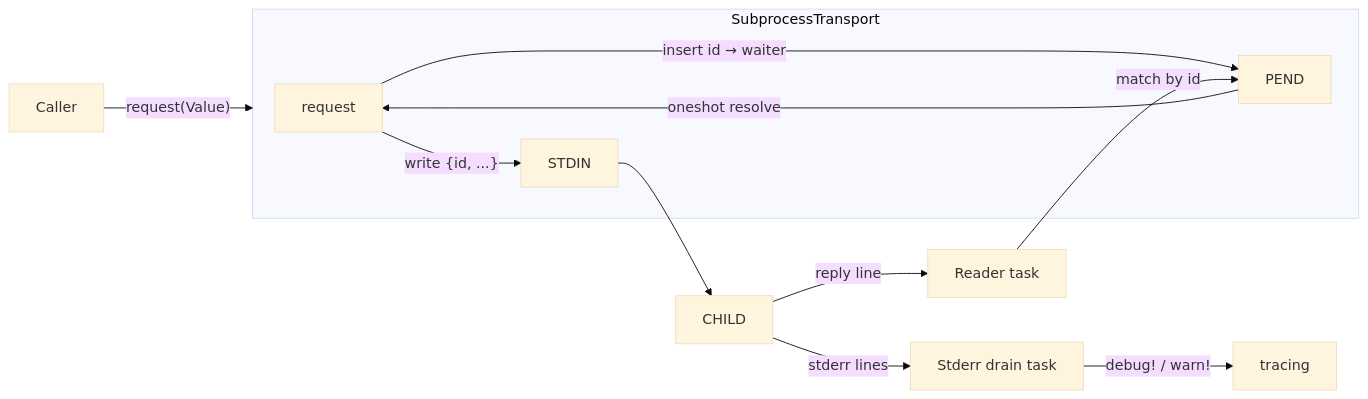
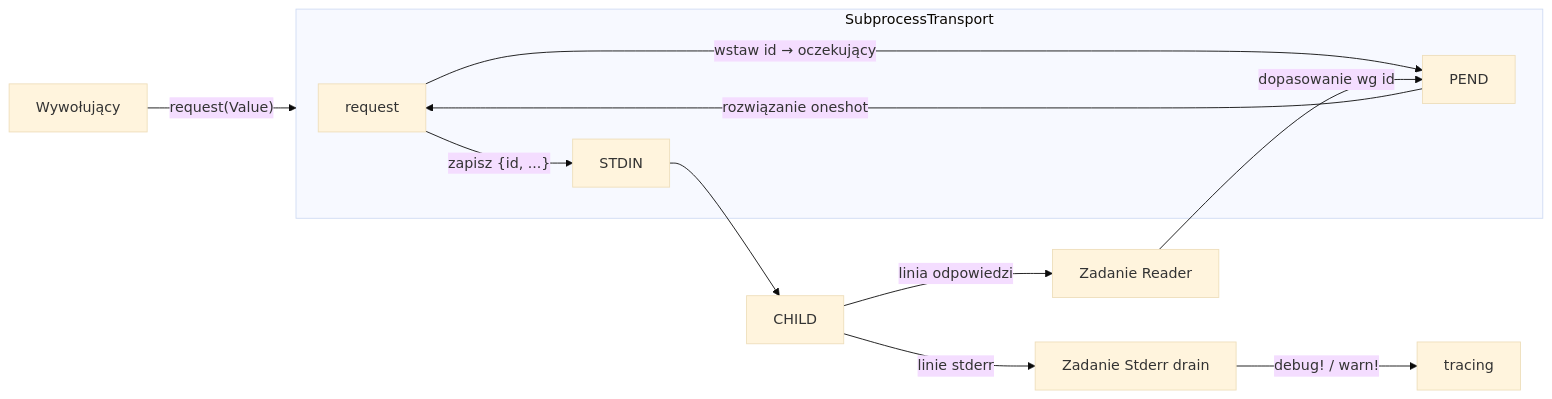
Before and after one commit to leszek3737/librefang-WIki: the diagram in crates-librefang-subprocess.md, drawn with Mermaid (base theme). The commit also changed other lines of this file and 104 other files, not shown here.

````diff
--- a/crates-librefang-subprocess.md
+++ b/crates-librefang-subprocess.md
@@ -44,14 +44,14 @@
 ```mermaid
 flowchart LR
-    C[Caller] -->|"request(Value)"| ST
+    C[Wywołujący] -->|"request(Value)"| ST
     subgraph ST[SubprocessTransport]
-        REQ[request] -->|"insert id → waiter"| PEND
-        REQ -->|"write {id, ...}\n"| STDIN
+        REQ[request] -->|"wstaw id → oczekujący"| PEND
+        REQ -->|"zapisz {id, ...}\n"| STDIN
     end
     STDIN --> CHILD
-    CHILD -->|"reply line"| READER[Reader task]
-    READER -->|"match by id"| PEND
-    PEND -->|"oneshot resolve"| REQ
-    CHILD -->|"stderr lines"| DRAIN[Stderr drain task]
+    CHILD -->|"linia odpowiedzi"| READER[Zadanie Reader]
+    READER -->|"dopasowanie wg id"| PEND
+    PEND -->|"rozwiązanie oneshot"| REQ
+    CHILD -->|"linie stderr"| DRAIN[Zadanie Stderr drain]
     DRAIN -->|"debug! / warn!"| LOG[tracing]
 ```
````
